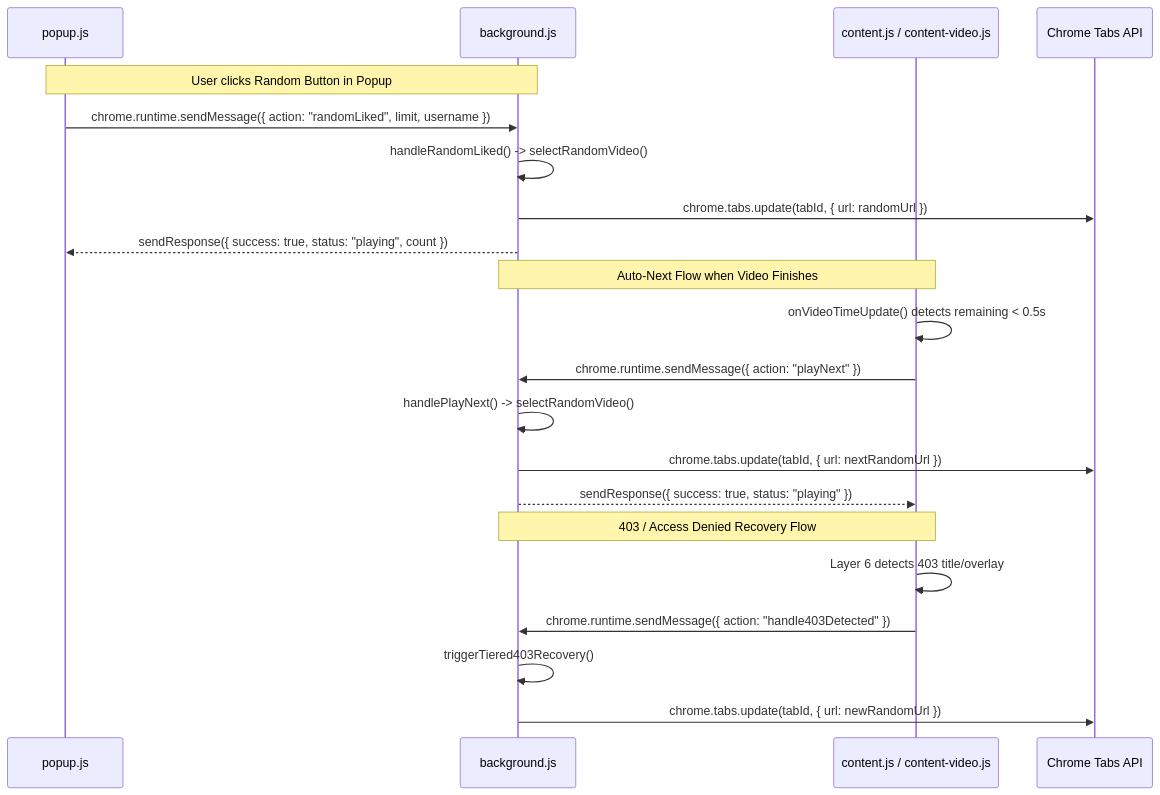
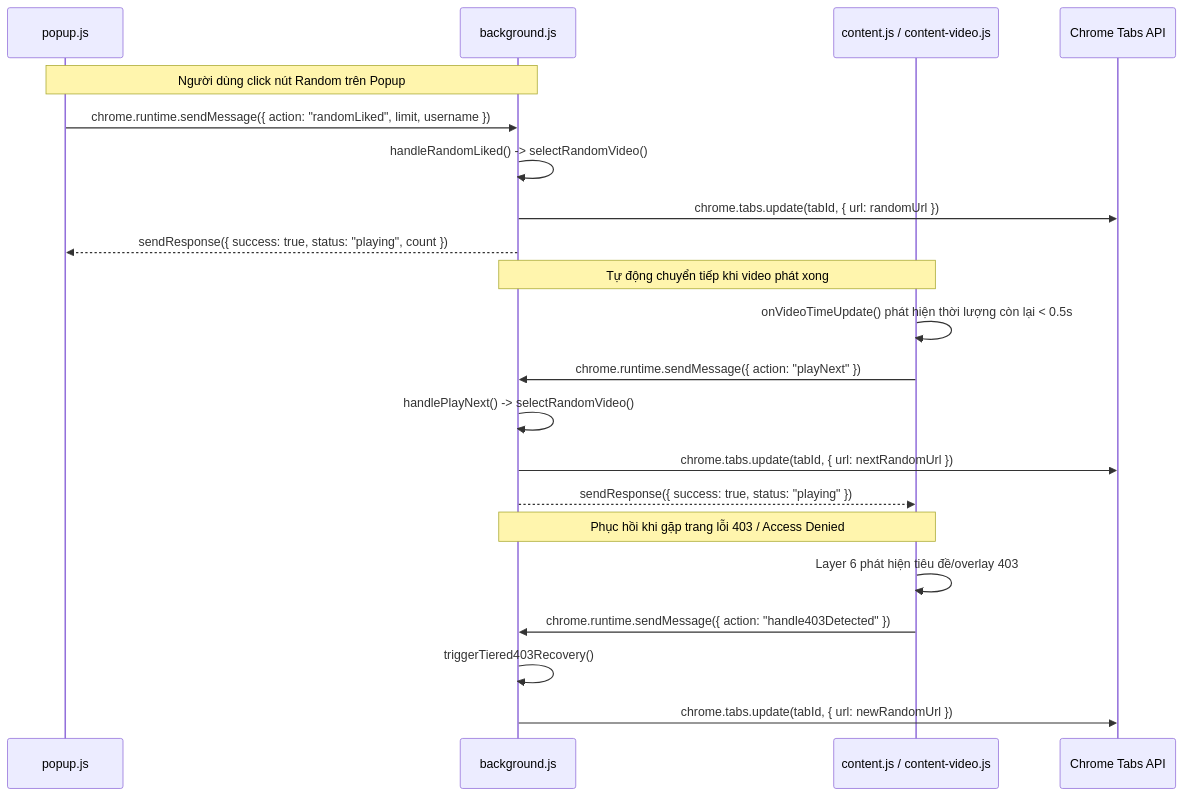
Before and after one commit to Ducinviciable/TikTok-Random-Video: the first of 2 diagrams in docs/random-play-flow.md, drawn with Mermaid. The commit also changed other lines of this file and 2 other files, not shown here.

Commit message:
docs: add design documentation for random playback flow, bypass methods, and debug plans

````diff
--- a/docs/random-play-flow.md
+++ b/docs/random-play-flow.md
@@ -202,25 +201,25 @@
 ```mermaid
 sequenceDiagram
     participant Popup as popup.js
     participant BG as background.js
     participant CS as content.js / content-video.js
 
-    note over Popup,BG: User clicks Random Button in Popup
+    note over Popup,BG: Người dùng click nút Random trên Popup
     Popup->>BG: chrome.runtime.sendMessage({ action: "randomLiked", limit, username })
     BG->>BG: handleRandomLiked() -> selectRandomVideo()
     BG->>Chrome Tabs API: chrome.tabs.update(tabId, { url: randomUrl })
     BG-->>Popup: sendResponse({ success: true, status: "playing", count })
 
-    note over CS,BG: Auto-Next Flow when Video Finishes
-    CS->>CS: onVideoTimeUpdate() detects remaining < 0.5s
+    note over CS,BG: Tự động chuyển tiếp khi video phát xong
+    CS->>CS: onVideoTimeUpdate() phát hiện thời lượng còn lại < 0.5s
     CS->>BG: chrome.runtime.sendMessage({ action: "playNext" })
     BG->>BG: handlePlayNext() -> selectRandomVideo()
     BG->>Chrome Tabs API: chrome.tabs.update(tabId, { url: nextRandomUrl })
     BG-->>CS: sendResponse({ success: true, status: "playing" })
 
-    note over CS,BG: 403 / Access Denied Recovery Flow
-    CS->>CS: Layer 6 detects 403 title/overlay
+    note over CS,BG: Phục hồi khi gặp trang lỗi 403 / Access Denied
+    CS->>CS: Layer 6 phát hiện tiêu đề/overlay 403
     CS->>BG: chrome.runtime.sendMessage({ action: "handle403Detected" })
     BG->>BG: triggerTiered403Recovery()
     BG->>Chrome Tabs API: chrome.tabs.update(tabId, { url: newRandomUrl })
 ```
````
